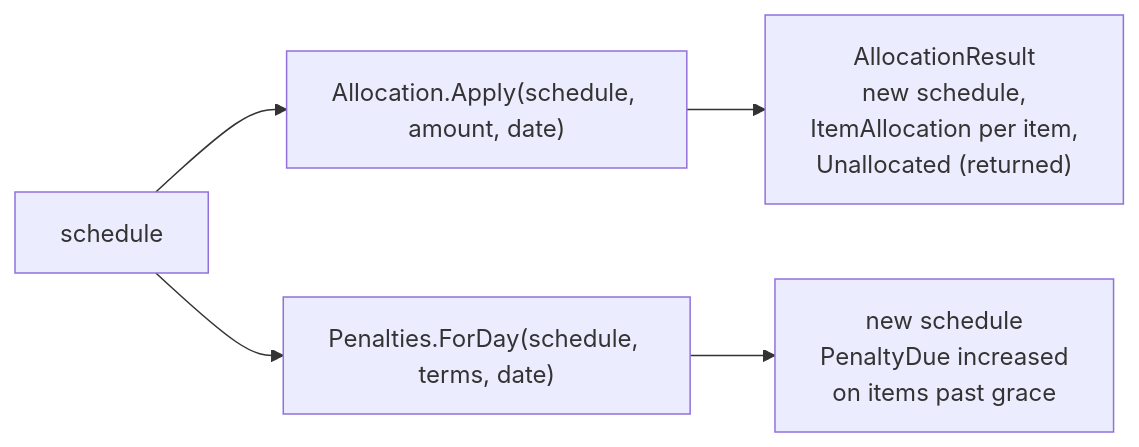
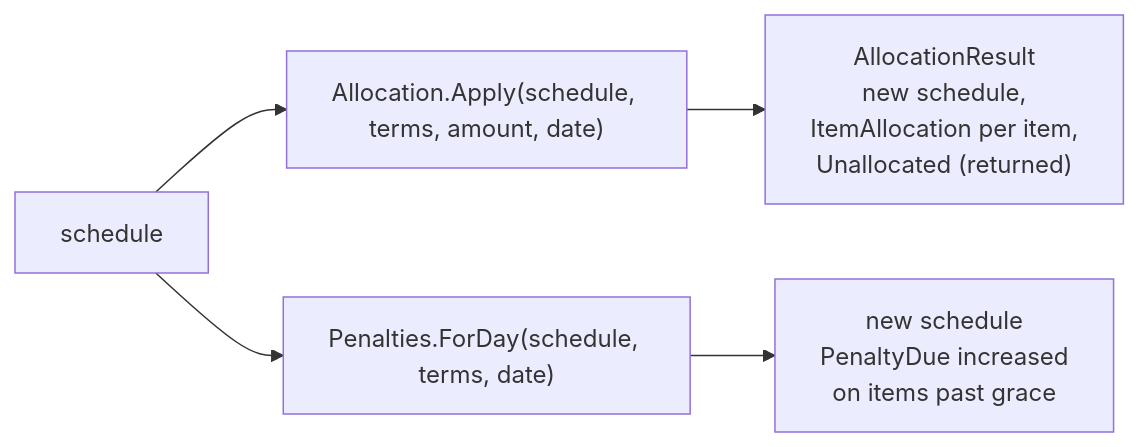
One commit to majid-sharif-soleimani/banking_demo changed the diagram in docs/learning/stage-3/slice-3.3.md. Above: the diagram before and after it, drawn with Mermaid. The commit also changed other lines of this file and 18 other files, not shown here.

````diff
--- a/docs/learning/stage-3/slice-3.3.md
+++ b/docs/learning/stage-3/slice-3.3.md
@@ -27,7 +27,7 @@
 ```mermaid
 flowchart LR
-    S["schedule"] --> A["Allocation.Apply(schedule, amount, date)"]
+    S["schedule"] --> A["Allocation.Apply(schedule, terms, amount, date)"]
     A --> R["AllocationResult<br/>new schedule,<br/>ItemAllocation per item,<br/>Unallocated (returned)"]
     S --> P["Penalties.ForDay(schedule, terms, date)"]
     P --> S2["new schedule<br/>PenaltyDue increased<br/>on items past grace"]
 ```
````
